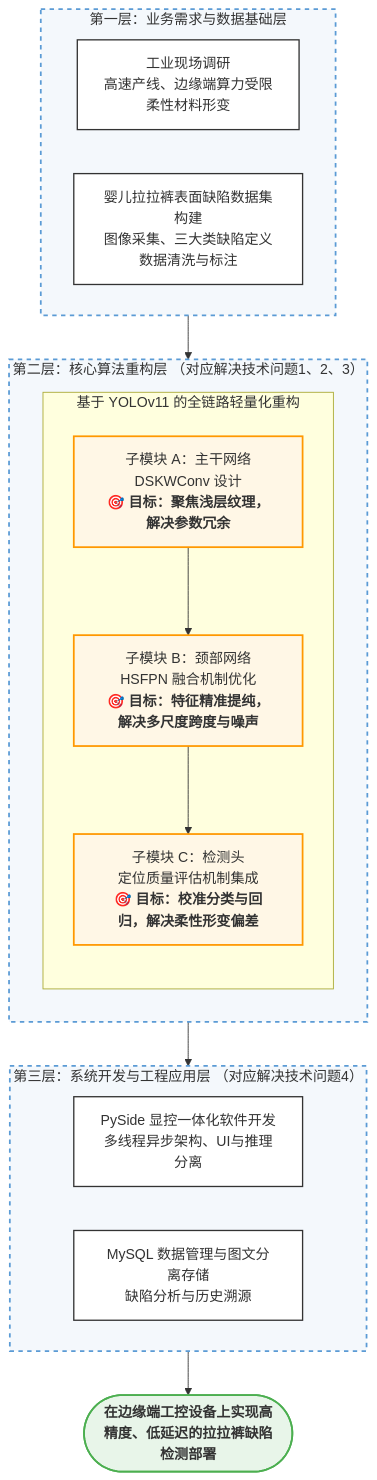
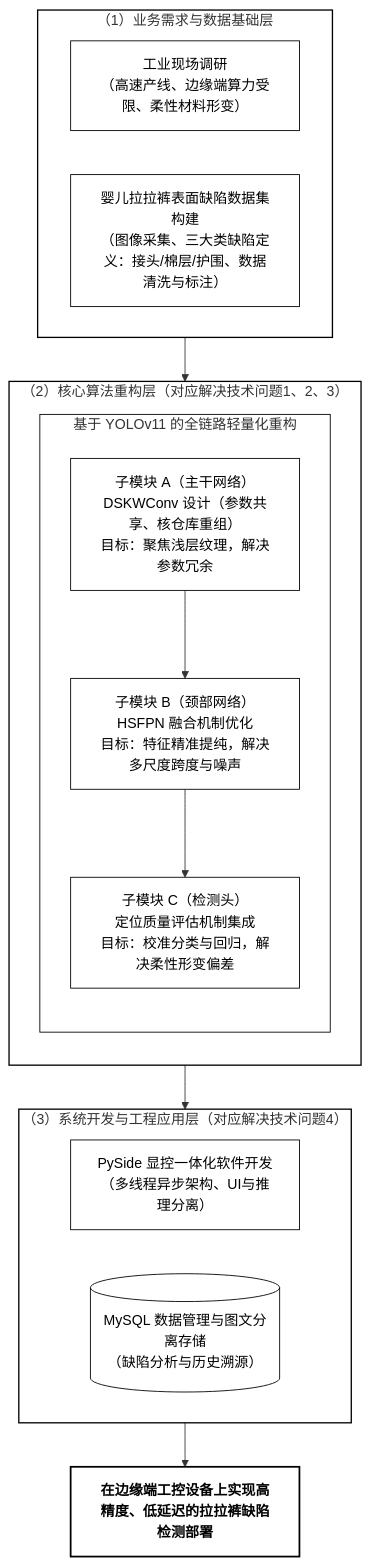
One commit to MAOSHENGsong/iodraw-files changed the diagram in all/未命名-5.md. Above: the diagram before and after it, drawn with Mermaid.

Commit message:
2026-05-09 16:26:06 update

````diff
--- a/all/未命名-5.md
+++ b/all/未命名-5.md
@@ -1,45 +1,48 @@
 ```mermaid
 graph TD
-    classDef default fill:#ffffff,stroke:#333,stroke-width:1.5px,color:#333;
-    classDef layerBox fill:#f4f8fc,stroke:#5b9bd5,stroke-width:2px,stroke-dasharray: 5 5;
-    classDef coreBox fill:#fff7e6,stroke:#ff9800,stroke-width:2px;
-    classDef resultBox fill:#e8f5e9,stroke:#4caf50,stroke-width:2px;
+    %% 定义全局黑白极简学术风格
+    classDef default fill:#ffffff,stroke:#000000,stroke-width:1px,color:#000000;
+    classDef strongBox fill:#ffffff,stroke:#000000,stroke-width:2px,font-weight:bold;
 
-    %% 第一层
-    subgraph Layer1 [第一层：业务需求与数据基础层]
+    %% 第一层：业务需求与数据基础层
+    subgraph Layer1 ["（1）业务需求与数据基础层"]
         direction LR
-        A[工业现场调研<br>高速产线、边缘端算力受限<br>柔性材料形变]
-        B[婴儿拉拉裤表面缺陷数据集构建<br>图像采集、三大类缺陷定义<br>数据清洗与标注]
+        A["工业现场调研<br>（高速产线、边缘端算力受限、柔性材料形变）"] 
+        B["婴儿拉拉裤表面缺陷数据集构建<br>（图像采集、三大类缺陷定义：接头/棉层/护围、数据清洗与标注）"]
     end
 
-    %% 第二层
-    subgraph Layer2 [第二层：核心算法重构层 （对应解决技术问题1、2、3）]
+    %% 第二层：核心算法重构层
+    subgraph Layer2 ["（2）核心算法重构层（对应解决技术问题1、2、3）"]
         direction TB
-        subgraph YOLO [基于 YOLOv11 的全链路轻量化重构]
+        subgraph YOLO ["基于 YOLOv11 的全链路轻量化重构"]
             direction TB
-            C[子模块 A：主干网络<br>DSKWConv 设计<br><b>🎯 目标：聚焦浅层纹理，解决参数冗余</b>]:::coreBox
-            D[子模块 B：颈部网络<br>HSFPN 融合机制优化<br><b>🎯 目标：特征精准提纯，解决多尺度跨度与噪声</b>]:::coreBox
-            E[子模块 C：检测头<br>定位质量评估机制集成<br><b>🎯 目标：校准分类与回归，解决柔性形变偏差</b>]:::coreBox
+            C["子模块 A（主干网络）<br>DSKWConv 设计（参数共享、核仓库重组）<br>目标：聚焦浅层纹理，解决参数冗余"]
+            D["子模块 B（颈部网络）<br>HSFPN 融合机制优化<br>目标：特征精准提纯，解决多尺度跨度与噪声"]
+            E["子模块 C（检测头）<br>定位质量评估机制集成<br>目标：校准分类与回归，解决柔性形变偏差"]
             
             C --> D --> E
         end
     end
 
-    %% 第三层
-    subgraph Layer3 [第三层：系统开发与工程应用层 （对应解决技术问题4）]
+    %% 第三层：系统开发与工程应用层
+    subgraph Layer3 ["（3）系统开发与工程应用层（对应解决技术问题4）"]
         direction LR
-        F[PySide 显控一体化软件开发<br>多线程异步架构、UI与推理分离]
-        G[MySQL 数据管理与图文分离存储<br>缺陷分析与历史溯源]
+        F["PySide 显控一体化软件开发<br>（多线程异步架构、UI与推理分离）"]
+        %% 采用圆柱体图形代表数据库，契合参考图风格
+        G[("MySQL 数据管理与图文分离存储<br>（缺陷分析与历史溯源）")]
     end
 
     %% 最终成果
-    Result([<b>在边缘端工控设备上实现高精度、低延迟的拉拉裤缺陷检测部署</b>]):::resultBox
+    Result["在边缘端工控设备上实现高精度、低延迟的拉拉裤缺陷检测部署"]:::strongBox
 
-    %% 跨层连接
+    %% 跨层逻辑连接箭头
     Layer1 --> Layer2
     Layer2 --> Layer3
     Layer3 --> Result
 
-    %% 样式应用
-    class Layer1,Layer2,Layer3 layerBox;
+    %% 设定大外框的样式（透明底，加粗黑实线）
+    style Layer1 fill:none,stroke:#000000,stroke-width:1.5px
+    style Layer2 fill:none,stroke:#000000,stroke-width:1.5px
+    style Layer3 fill:none,stroke:#000000,stroke-width:1.5px
+    style YOLO fill:none,stroke:#000000,stroke-width:1px
 ```
````
